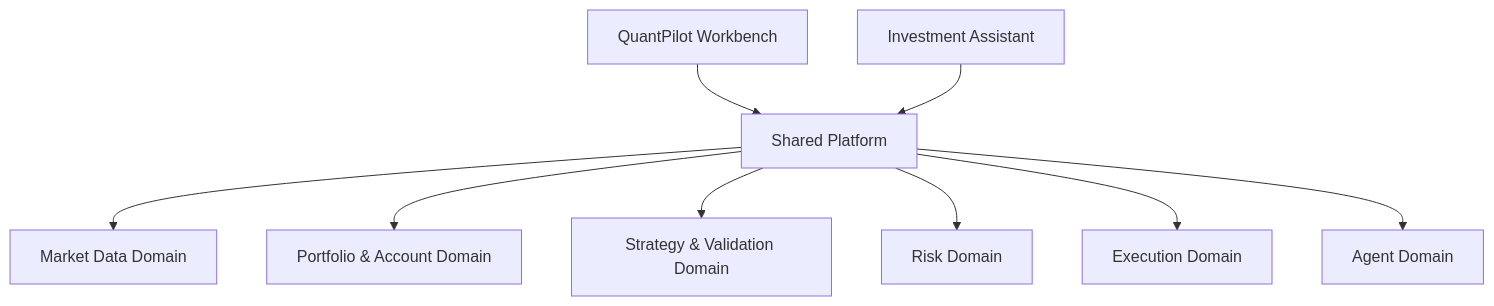
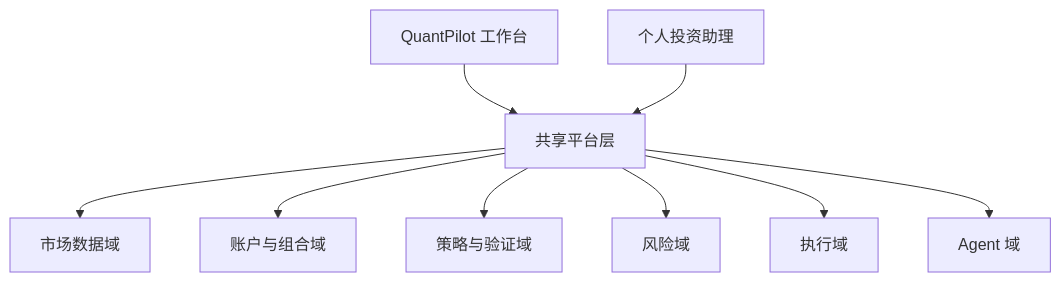
Before and after one commit to GrandeLai/QuantPilot: the diagram in docs/superpowers/specs/2026-04-13-quantpilot-dual-product-rearchitecture-design.md, drawn with Mermaid. The commit also changed other lines of this file, not shown here.

Commit message:
docs: translate rearchitecture spec to chinese

````diff
--- a/docs/superpowers/specs/2026-04-13-quantpilot-dual-product-rearchitecture-design.md
+++ b/docs/superpowers/specs/2026-04-13-quantpilot-dual-product-rearchitecture-design.md
@@ -85,13 +85,13 @@
 ```mermaid
 flowchart TD
-    A["Shared Platform"]
-    A --> B["Market Data Domain"]
-    A --> C["Portfolio & Account Domain"]
-    A --> D["Strategy & Validation Domain"]
-    A --> E["Risk Domain"]
-    A --> F["Execution Domain"]
-    A --> G["Agent Domain"]
+    A["共享平台层"]
+    A --> B["市场数据域"]
+    A --> C["账户与组合域"]
+    A --> D["策略与验证域"]
+    A --> E["风险域"]
+    A --> F["执行域"]
+    A --> G["Agent 域"]
 
-    H["QuantPilot Workbench"] --> A
-    I["Investment Assistant"] --> A
+    H["QuantPilot 工作台"] --> A
+    I["个人投资助理"] --> A
 ```
````
